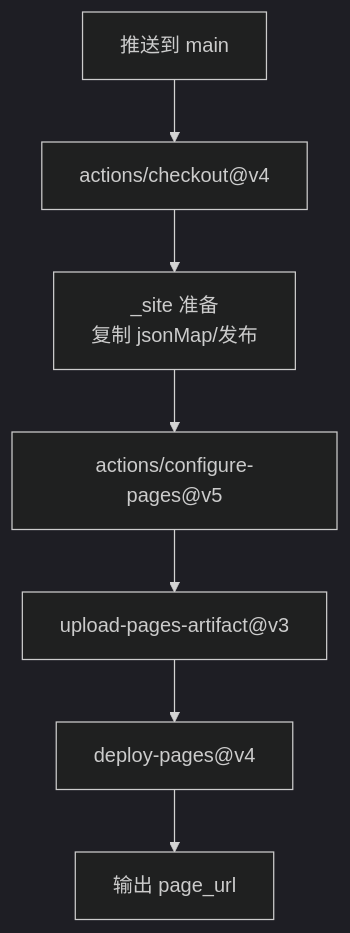
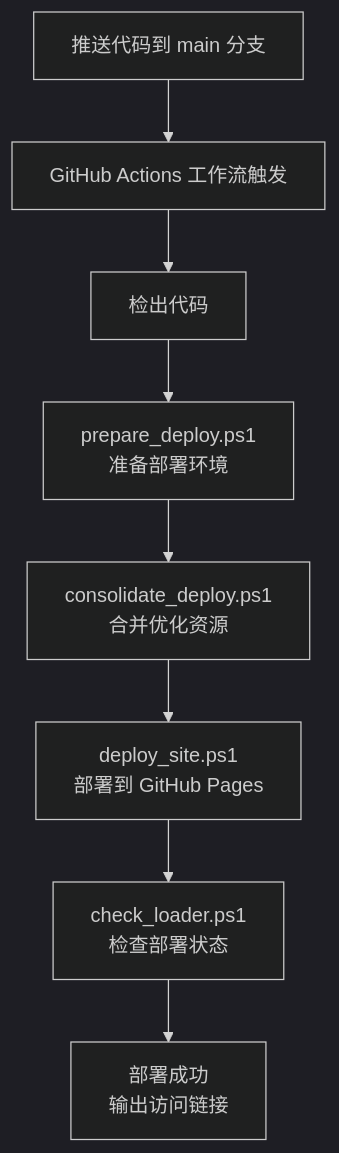
The fifth of 6 diagrams in .qoder/repowiki/zh/content/开发者指南/构建和部署.md (meiok1/wysjson), drawn with Mermaid (dark theme) before and after one commit. The commit also changed other lines of this file and 45 other files, not shown here.

````diff
--- a/.qoder/repowiki/zh/content/开发者指南/构建和部署.md
+++ b/.qoder/repowiki/zh/content/开发者指南/构建和部署.md
@@ -278,9 +325,10 @@
 ```mermaid
 flowchart TD
-Push["推送到 main"] --> Checkout["actions/checkout@v4"]
-Checkout --> Prepare["_site 准备<br/>复制 jsonMap/发布"]
-Prepare --> Pages["actions/configure-pages@v5"]
-Pages --> Upload["upload-pages-artifact@v3"]
-Upload --> Deploy["deploy-pages@v4"]
-Deploy --> URL["输出 page_url"]
+Push["推送代码到 main 分支"] --> Workflow["GitHub Actions 工作流触发"]
+Workflow --> Checkout["检出代码"]
+Checkout --> Prepare["prepare_deploy.ps1<br/>准备部署环境"]
+Prepare --> Consolidate["consolidate_deploy.ps1<br/>合并优化资源"]
+Consolidate --> Deploy["deploy_site.ps1<br/>部署到 GitHub Pages"]
+Deploy --> Check["check_loader.ps1<br/>检查部署状态"]
+Check --> Success["部署成功<br/>输出访问链接"]
 ```
````
